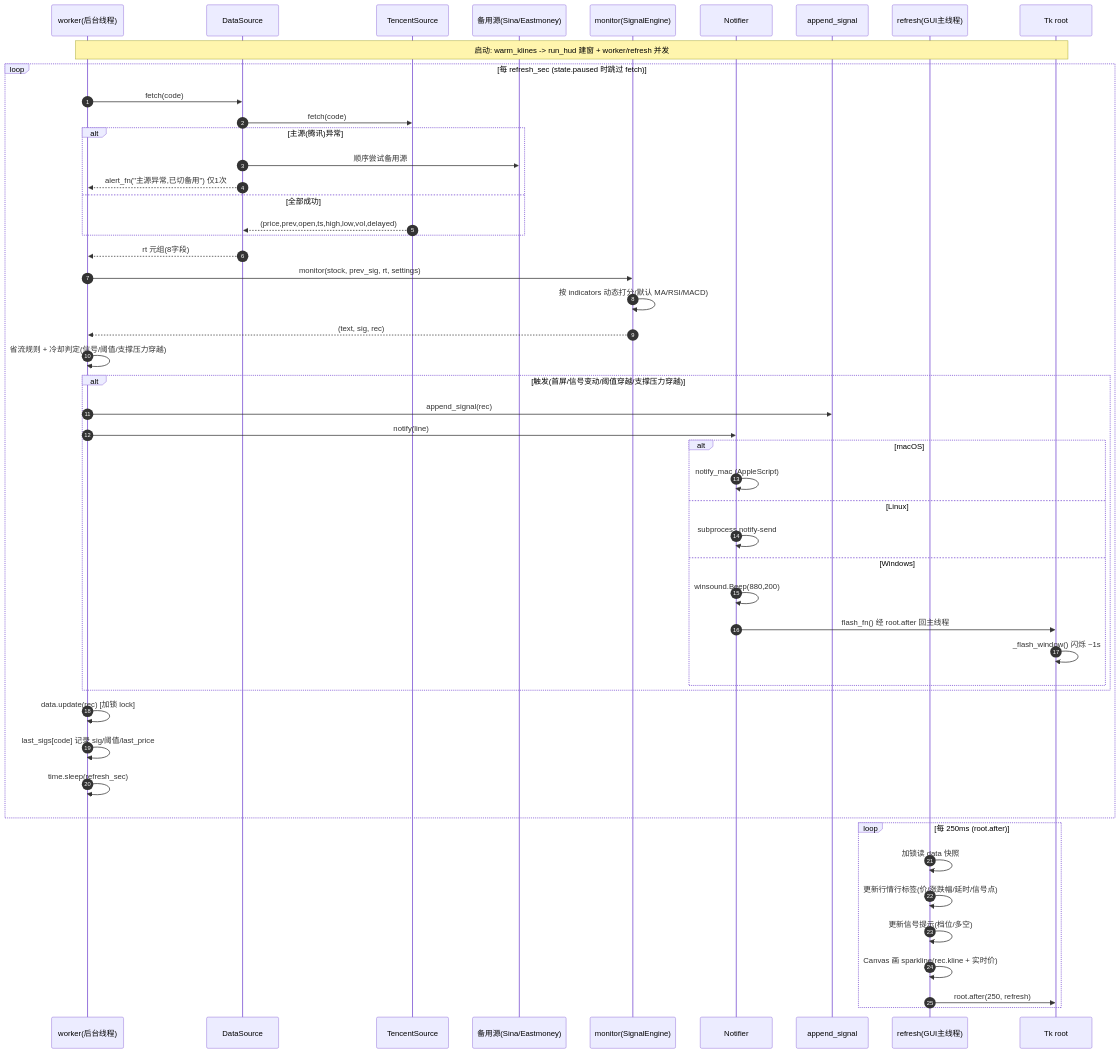
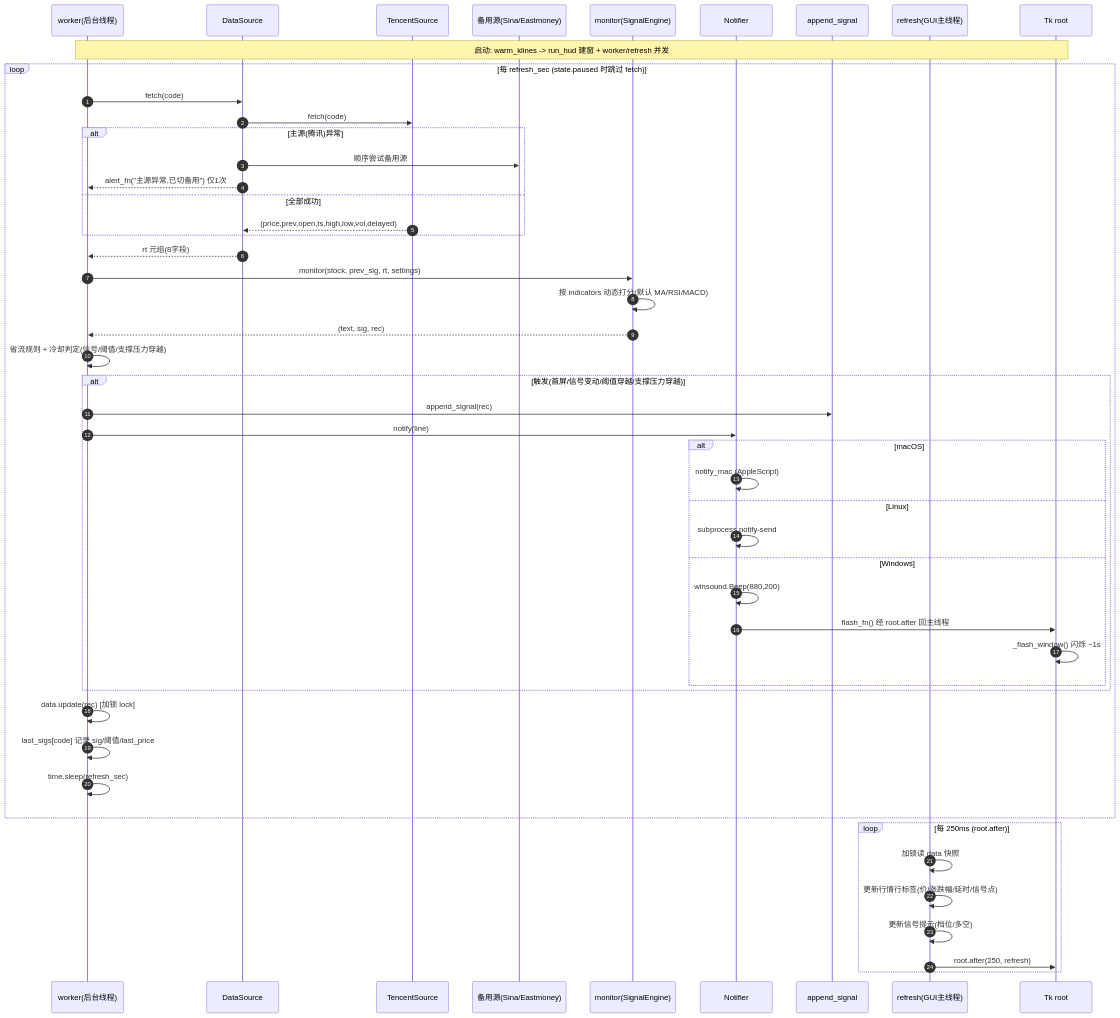
One commit to ianeiu/py-stock-monitor changed the diagram in docs/sequence-diagram.mermaid. Above: the diagram before and after it, drawn with Mermaid. The commit also changed 5 other files, not shown here.

Commit message:
refactor: remove filter-on toggle and sparkline feature; keep signal-engine kline infra

```diff
--- a/docs/sequence-diagram.mermaid
+++ b/docs/sequence-diagram.mermaid
@@ -1,53 +1,52 @@
 sequenceDiagram
     autonumber
     participant W as worker(后台线程)
     participant DS as DataSource
     participant T as TencentSource
     participant B as 备用源(Sina/Eastmoney)
     participant SE as monitor(SignalEngine)
     participant N as Notifier
     participant CSV as append_signal
     participant R as refresh(GUI主线程)
     participant Root as Tk root
 
     Note over W,Root: 启动: warm_klines -> run_hud 建窗 + worker/refresh 并发
 
     loop 每 refresh_sec (state.paused 时跳过 fetch)
         W->>DS: fetch(code)
         DS->>T: fetch(code)
         alt 主源(腾讯)异常
             DS->>B: 顺序尝试备用源
             DS-->>W: alert_fn("主源异常,已切备用") 仅1次
         else 全部成功
             T-->>DS: (price,prev,open,ts,high,low,vol,delayed)
         end
         DS-->>W: rt 元组(8字段)
         W->>SE: monitor(stock, prev_sig, rt, settings)
         SE->>SE: 按 indicators 动态打分(默认 MA/RSI/MACD)
         SE-->>W: (text, sig, rec)  # rec 含 kline
         W->>W: 省流规则 + 冷却判定(信号/阈值/支撑压力穿越)
         alt 触发(首屏/信号变动/阈值穿越/支撑压力穿越)
             W->>CSV: append_signal(rec)  # 含去重逻辑
             W->>N: notify(line)
             alt macOS
                 N->>N: notify_mac (AppleScript)
             else Linux
                 N->>N: subprocess notify-send
             else Windows
                 N->>N: winsound.Beep(880,200)
                 N->>Root: flash_fn() 经 root.after 回主线程
                 Root->>Root: _flash_window() 闪烁 ~1s
             end
         end
         W->>W: data.update(rec) [加锁 lock]
         W->>W: last_sigs[code] 记录 sig/阈值/last_price
         W->>W: time.sleep(refresh_sec)
     end
 
     loop 每 250ms (root.after)
         R->>R: 加锁读 data 快照
         R->>R: 更新行情行标签(价/涨跌幅/延时/信号点)
         R->>R: 更新信号提示(档位/多空)
-        R->>R: Canvas 画 sparkline(rec.kline + 实时价)
         R->>Root: root.after(250, refresh)
     end
```
